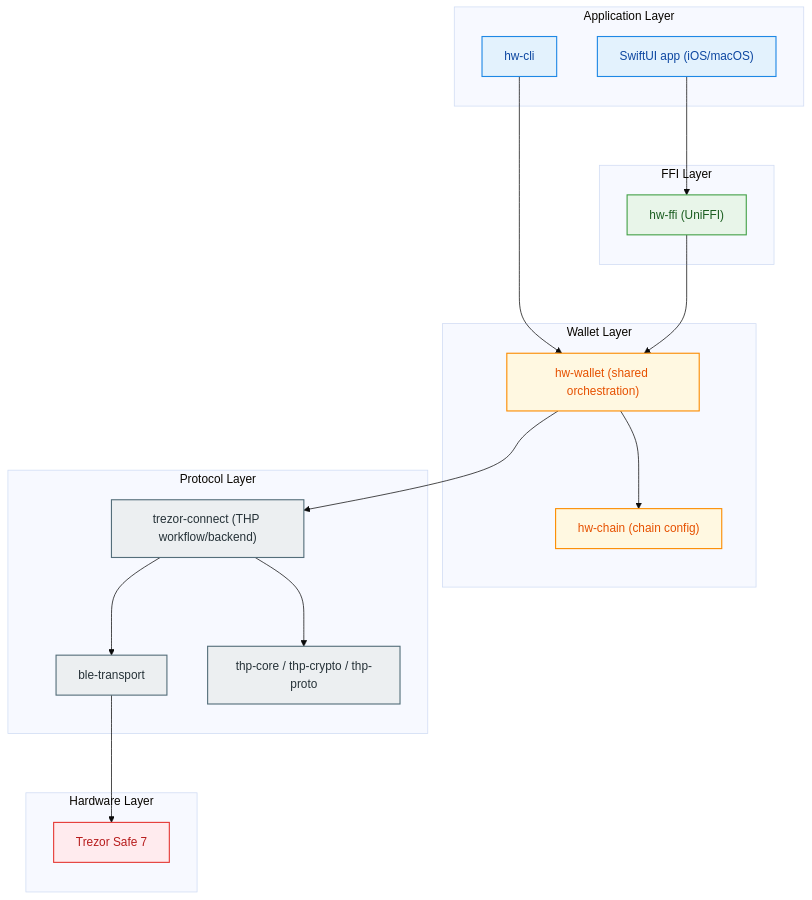
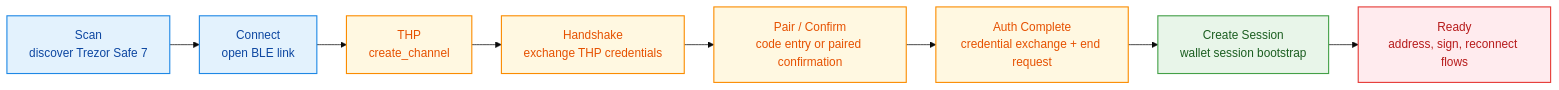
One commit to hewigovens/hw-core changed the second of 2 diagrams in README.md. Above: the diagram before and after it, drawn with Mermaid. The commit also changed other lines of this file, not shown here.

````diff
--- a/README.md
+++ b/README.md
@@ -23,48 +110,21 @@
 ```mermaid
-%%{init: {'theme':'base', 'flowchart': {'rankSpacing': 80, 'nodeSpacing': 55, 'curve': 'basis'}}}%%
-flowchart TB
-  subgraph L1["Application Layer"]
-    CLI["hw-cli"]
-    APP["SwiftUI app (iOS/macOS)"]
-  end
+%%{init: {'theme':'base', 'flowchart': {'rankSpacing': 40, 'nodeSpacing': 35, 'curve': 'basis'}}}%%
+flowchart LR
+  SCAN["Scan<br/>discover Trezor Safe 7"] --> CONNECT["Connect<br/>open BLE link"]
+  CONNECT --> CHANNEL["THP<br/>create_channel"]
+  CHANNEL --> HANDSHAKE["Handshake<br/>exchange THP credentials"]
+  HANDSHAKE --> PAIR["Pair / Confirm<br/>code entry or paired confirmation"]
+  PAIR --> AUTH["Auth Complete<br/>credential exchange + end request"]
+  AUTH --> SESSION["Create Session<br/>wallet session bootstrap"]
+  SESSION --> READY["Ready<br/>address, sign, reconnect flows"]
 
-  subgraph L2["FFI Layer"]
-    FFI["hw-ffi (UniFFI)"]
-  end
+  classDef flowStart fill:#E3F2FD,stroke:#1E88E5,color:#0D47A1,stroke-width:1.5px;
+  classDef flowMid fill:#FFF8E1,stroke:#FB8C00,color:#E65100,stroke-width:1.5px;
+  classDef flowSecure fill:#E8F5E9,stroke:#43A047,color:#1B5E20,stroke-width:1.5px;
+  classDef flowEnd fill:#FFEBEE,stroke:#E53935,color:#B71C1C,stroke-width:1.5px;
 
-  subgraph L3["Wallet Layer"]
-    WALLET["hw-wallet (shared orchestration)"]
-    CHAIN["hw-chain (chain config)"]
-  end
-
-  subgraph L4["Protocol Layer"]
-    CONNECT["trezor-connect (THP workflow/backend)"]
-    BLE["ble-transport"]
-    THP["thp-core / thp-crypto / thp-proto"]
-  end
-
-  subgraph L5["Hardware Layer"]
-    DEVICE["Trezor Safe 7"]
-  end
-
-  CLI --> WALLET
-  APP --> FFI
-  FFI --> WALLET
-  WALLET --> CHAIN
-  WALLET --> CONNECT
-  CONNECT --> BLE
-  CONNECT --> THP
-  BLE --> DEVICE
-
-  classDef appLayer fill:#E3F2FD,stroke:#1E88E5,color:#0D47A1,stroke-width:1.5px;
-  classDef ffiLayer fill:#E8F5E9,stroke:#43A047,color:#1B5E20,stroke-width:1.5px;
-  classDef walletLayer fill:#FFF8E1,stroke:#FB8C00,color:#E65100,stroke-width:1.5px;
-  classDef protoLayer fill:#ECEFF1,stroke:#546E7A,color:#263238,stroke-width:1.5px;
-  classDef hwLayer fill:#FFEBEE,stroke:#E53935,color:#B71C1C,stroke-width:1.5px;
-
-  class CLI,APP appLayer;
-  class FFI ffiLayer;
-  class WALLET,CHAIN walletLayer;
-  class CONNECT,BLE,THP protoLayer;
-  class DEVICE hwLayer;
+  class SCAN,CONNECT flowStart;
+  class CHANNEL,HANDSHAKE,PAIR,AUTH flowMid;
+  class SESSION flowSecure;
+  class READY flowEnd;
 ```
````
